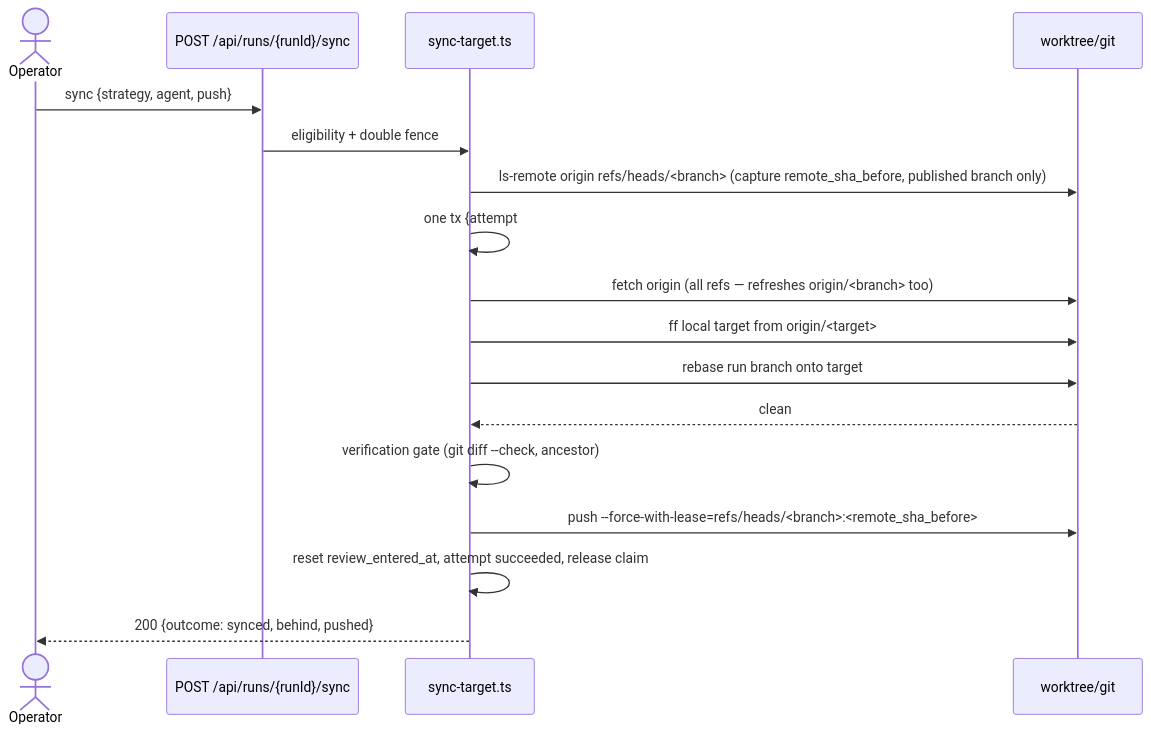
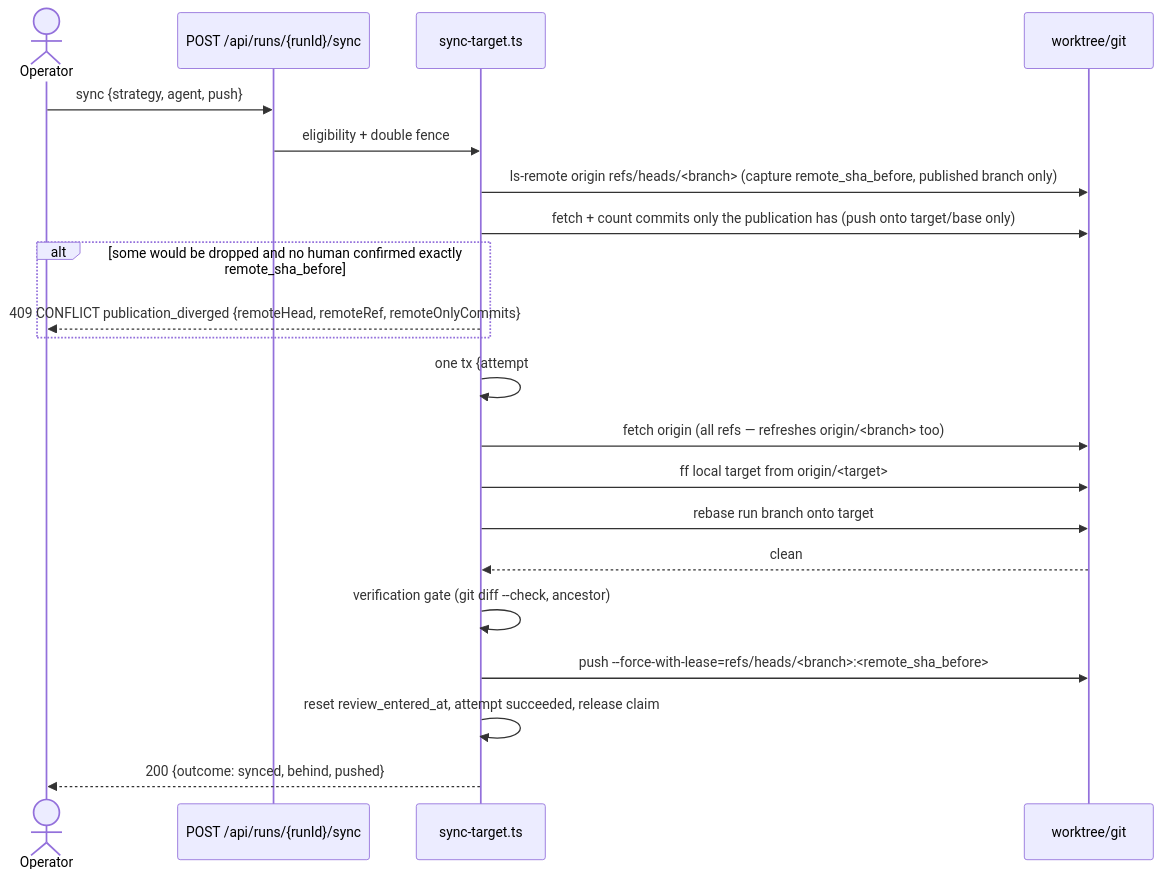
The third of 6 diagrams in docs/system-analytics/branch-sync.md (maister-dev/maister), drawn with Mermaid before and after one commit. The commit also changed other lines of this file and 16 other files, not shown here.

````diff
--- a/docs/system-analytics/branch-sync.md
+++ b/docs/system-analytics/branch-sync.md
@@ -76,19 +76,23 @@
 ```mermaid
 sequenceDiagram
     actor Op as Operator
     participant Route as POST /api/runs/{runId}/sync
     participant Svc as sync-target.ts
     participant Git as worktree/git
     Op->>Route: sync {strategy, agent, push}
     Route->>Svc: eligibility + double fence
     Svc->>Git: ls-remote origin refs/heads/<branch> (capture remote_sha_before, published branch only)
+    Svc->>Git: fetch + count commits only the publication has (push onto target/base only)
+    alt some would be dropped and no human confirmed exactly remote_sha_before
+        Svc-->>Op: 409 CONFLICT publication_diverged {remoteHead, remoteRef, remoteOnlyCommits}
+    end
     Svc->>Svc: one tx {attempt#, starting row, "sync" claim}
     Svc->>Git: fetch origin (all refs — refreshes origin/<branch> too)
     Svc->>Git: ff local target from origin/<target>
     Svc->>Git: rebase run branch onto target
     Git-->>Svc: clean
     Svc->>Svc: verification gate (git diff --check, ancestor)
     Svc->>Git: push --force-with-lease=refs/heads/<branch>:<remote_sha_before>
     Svc->>Svc: reset review_entered_at, attempt succeeded, release claim
     Svc-->>Op: 200 {outcome: synced, behind, pushed}
 ```
````
